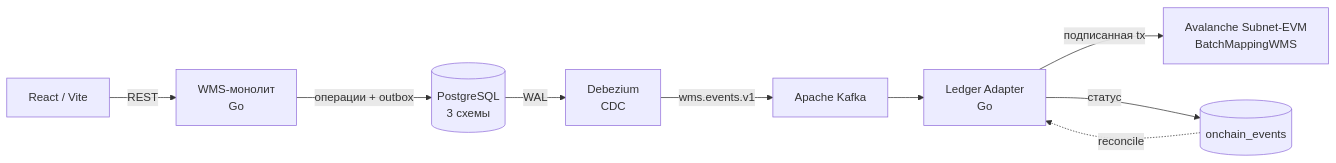
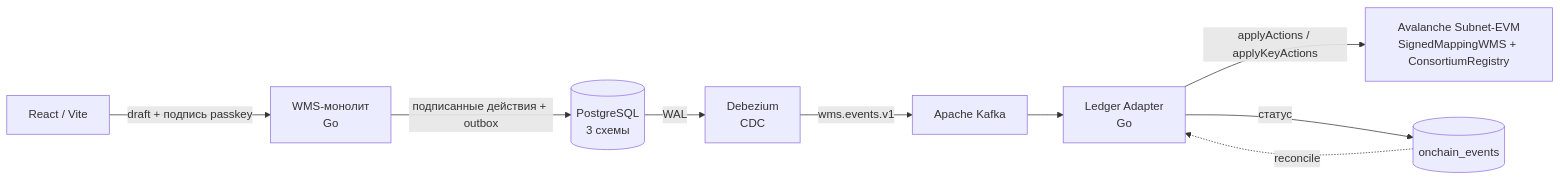
The diagram in README.md (oglenyaboss/avalanche-wms), drawn with Mermaid before and after one commit. The commit also changed other lines of this file and 8 other files, not shown here.

````diff
--- a/README.md
+++ b/README.md
@@ -21,11 +21,11 @@
 ```mermaid
 flowchart LR
-    UI[React / Vite] -->|REST| WMS[WMS-монолит<br/>Go]
-    WMS -->|операции + outbox| PG[(PostgreSQL<br/>3 схемы)]
+    UI[React / Vite] -->|draft + подпись passkey| WMS[WMS-монолит<br/>Go]
+    WMS -->|подписанные действия + outbox| PG[(PostgreSQL<br/>3 схемы)]
     PG -->|WAL| DBZ[Debezium<br/>CDC]
     DBZ -->|wms.events.v1| K[Apache Kafka]
     K --> LA[Ledger Adapter<br/>Go]
-    LA -->|подписанная tx| BC[Avalanche Subnet-EVM<br/>BatchMappingWMS]
+    LA -->|applyActions / applyKeyActions| BC[Avalanche Subnet-EVM<br/>SignedMappingWMS + ConsortiumRegistry]
     LA -->|статус| OE[(onchain_events)]
     OE -.->|reconcile| LA
 ```
````
